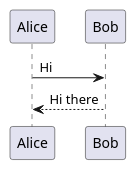
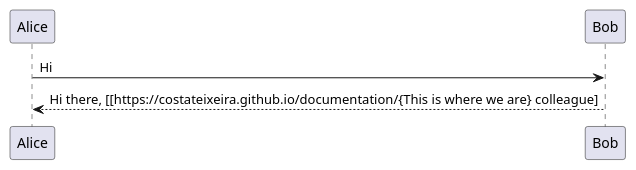
Before and after one commit to costateixeira/documentation: the first of 3 diagrams in diagrams.md, drawn with PlantUML.

```diff
--- a/diagrams.md
+++ b/diagrams.md
@@ -18,4 +18,4 @@
 @startuml
 Alice -> Bob: Hi
-Bob --> Alice: Hi there
+Bob --> Alice: Hi there, [[https://costateixeira.github.io/documentation/{This is where we are} colleague]
 @enduml
```
